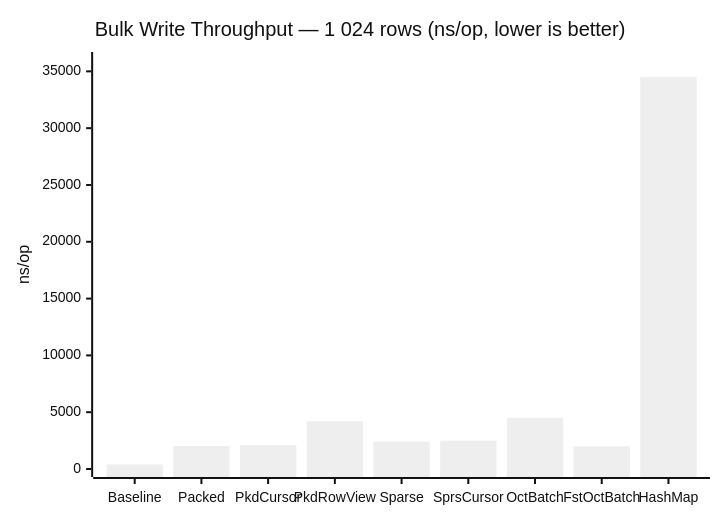
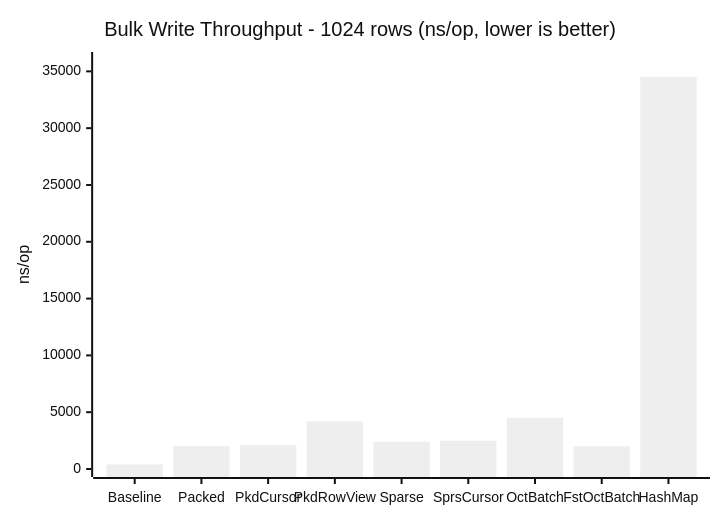
One commit to zzuegg/jNanoStore changed the second of 3 diagrams in README.md. Above: the diagram before and after it, drawn with Mermaid (neutral theme). The commit also changed other lines of this file and 1 other file, not shown here.

Commit message:
fix: replace non-ASCII chars in mermaid blocks and fix FastOctree benchmark numbers

````diff
--- a/README.md
+++ b/README.md
@@ -390,7 +390,7 @@
 ```mermaid
 xychart-beta
-    title "Bulk Write Throughput — 1 024 rows (ns/op, lower is better)"
+    title "Bulk Write Throughput - 1024 rows (ns/op, lower is better)"
     x-axis ["Baseline", "Packed", "PkdCursor", "PkdRowView", "Sparse", "SprsCursor", "OctBatch", "FstOctBatch", "HashMap"]
     y-axis "ns/op" 0 --> 36000
     bar [402, 2016, 2100, 4200, 2403, 2490, 4500, 2000, 34512]
 ```
````
